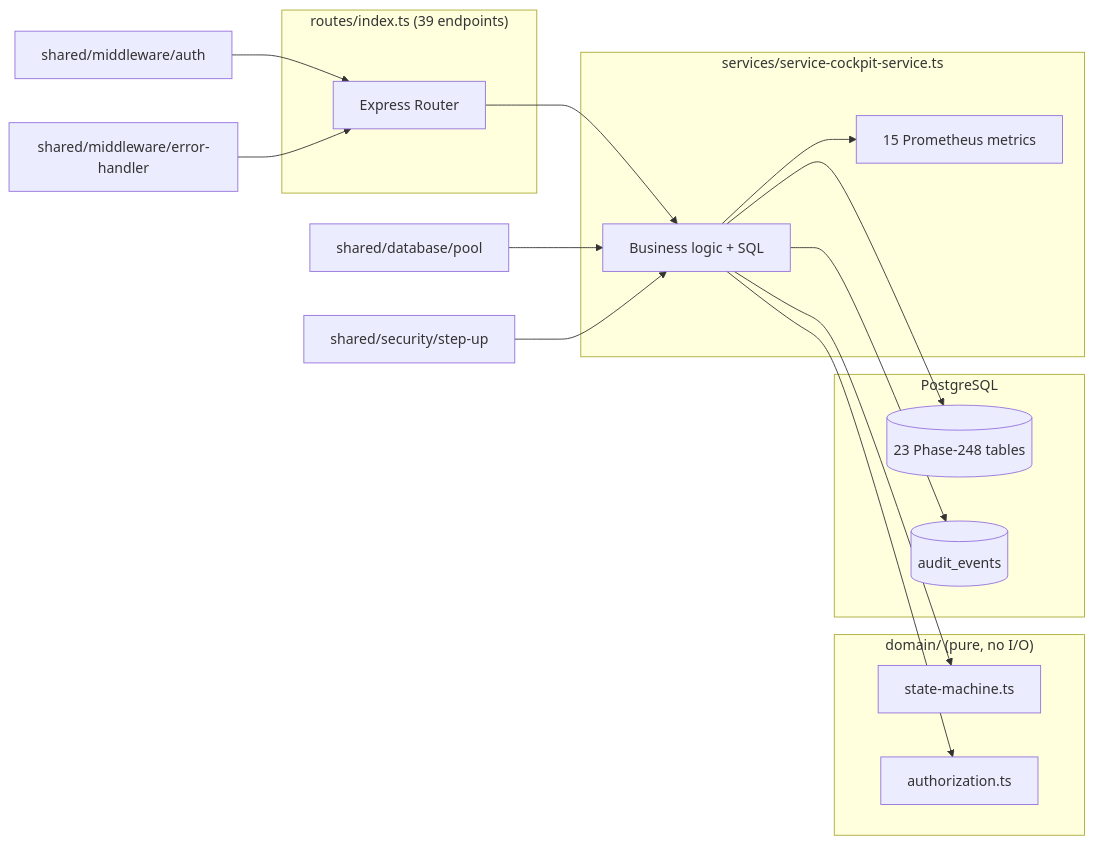
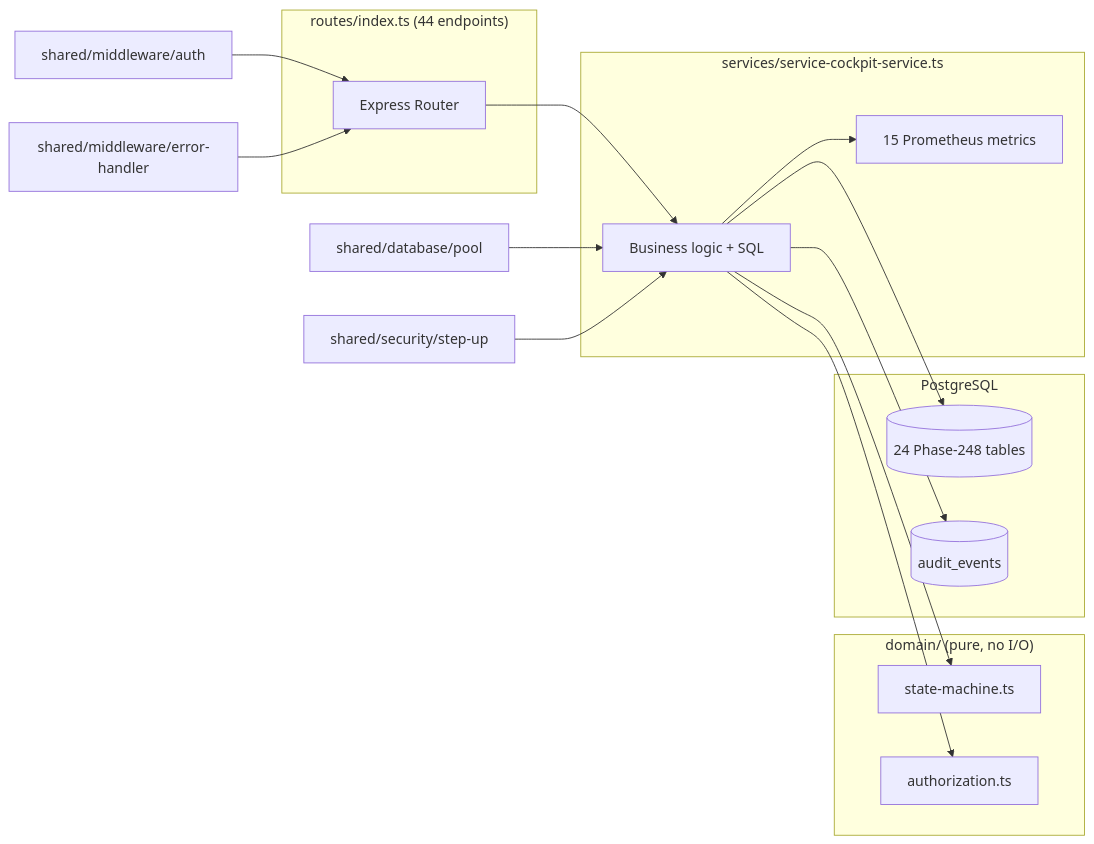
Before and after one commit to Alegnta19/Car-dealership-software: the first of 4 diagrams in docs/PHASE-248-SERVICE-COCKPIT-V2.md, drawn with Mermaid. The commit also changed other lines of this file and 8 other files, not shown here.

````diff
--- a/docs/PHASE-248-SERVICE-COCKPIT-V2.md
+++ b/docs/PHASE-248-SERVICE-COCKPIT-V2.md
@@ -133,28 +133,28 @@
 ```mermaid
 flowchart LR
-  subgraph HTTP["routes/index.ts (39 endpoints)"]
+  subgraph HTTP["routes/index.ts (44 endpoints)"]
     R[Express Router]
   end
   subgraph SVC["services/service-cockpit-service.ts"]
     S[Business logic + SQL]
     M[15 Prometheus metrics]
   end
   subgraph DOM["domain/ (pure, no I/O)"]
     SM[state-machine.ts]
     AZ[authorization.ts]
   end
   subgraph DB["PostgreSQL"]
-    T23[(23 Phase-248 tables)]
+    T23[(24 Phase-248 tables)]
     AUD[(audit_events)]
   end
   AUTH[shared/middleware/auth] --> R
   ERR[shared/middleware/error-handler] --> R
   R --> S
   S --> SM
   S --> AZ
   S --> T23
   S --> AUD
   S --> M
   POOL[shared/database/pool] --> S
   STEP[shared/security/step-up] --> S
 ```
````
